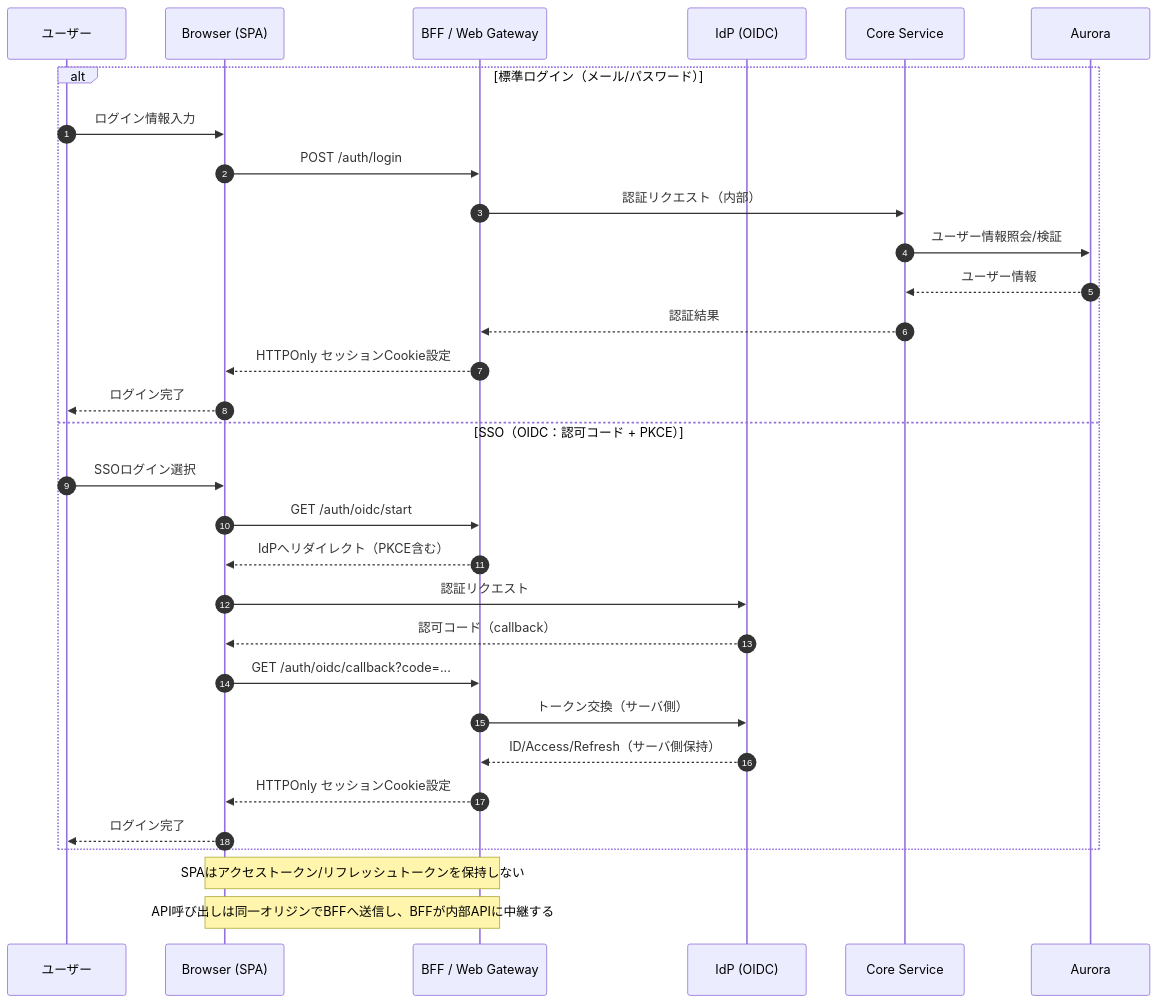
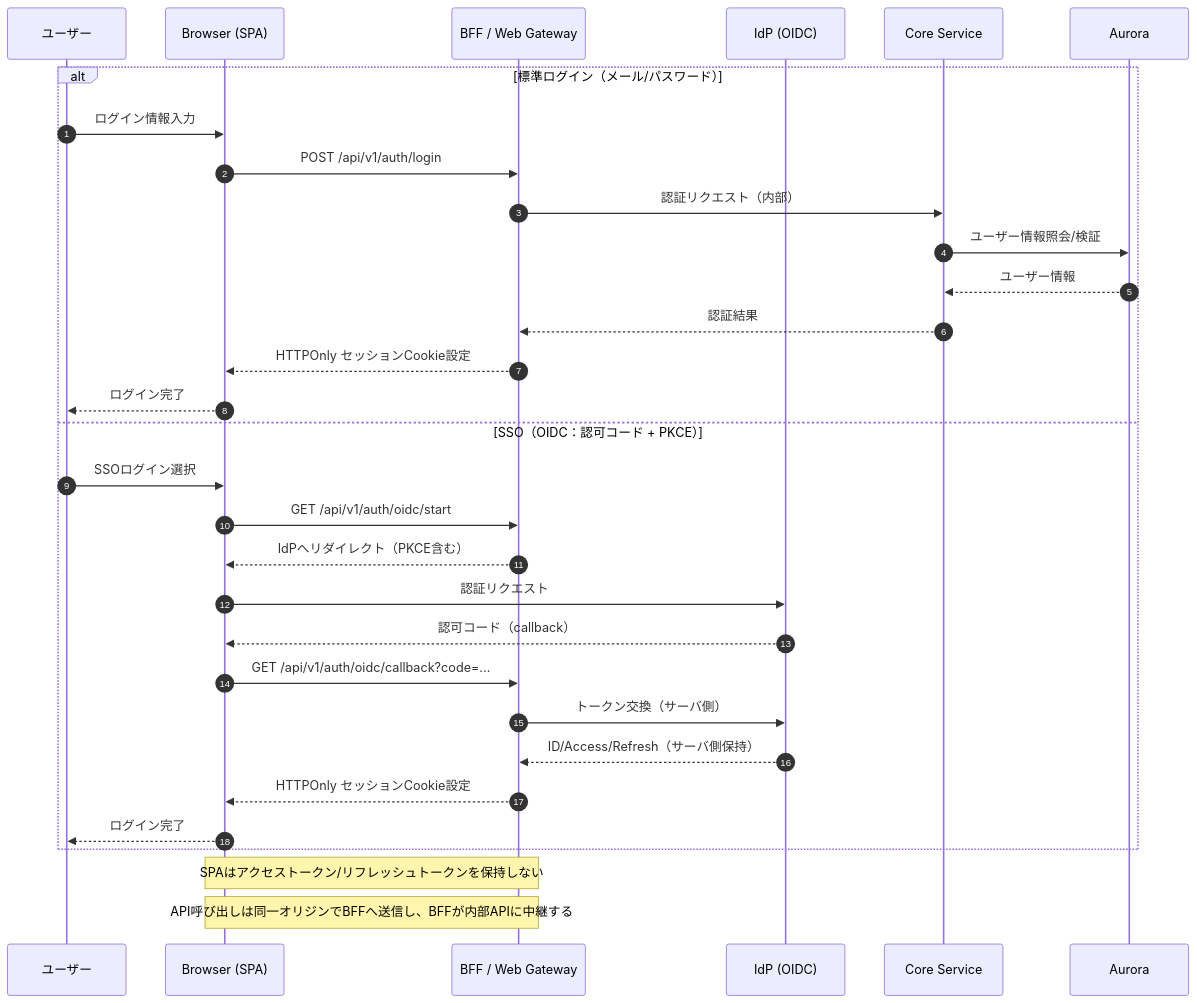
Before and after one commit to ka2kama/ringiflow: the first of 5 diagrams in docs/01_要件定義書/01_コア要件.md, drawn with Mermaid. The commit also changed other lines of this file and 20 other files, not shown here.

First line of the commit message:
#146 Unify auth API paths under /api/v1 (#172)

````diff
--- a/docs/01_要件定義書/01_コア要件.md
+++ b/docs/01_要件定義書/01_コア要件.md
@@ -148,35 +148,35 @@
 ```mermaid
 sequenceDiagram
     autonumber
     participant User as ユーザー
     participant SPA as Browser (SPA)
     participant BFF as BFF / Web Gateway
     participant IdP as IdP (OIDC)
     participant Core as Core Service
     participant DB as Aurora
 
     alt 標準ログイン（メール/パスワード）
         User->>SPA: ログイン情報入力
-        SPA->>BFF: POST /auth/login
+        SPA->>BFF: POST /api/v1/auth/login
         BFF->>Core: 認証リクエスト（内部）
         Core->>DB: ユーザー情報照会/検証
         DB-->>Core: ユーザー情報
         Core-->>BFF: 認証結果
         BFF-->>SPA: HTTPOnly セッションCookie設定
         SPA-->>User: ログイン完了
     else SSO（OIDC：認可コード + PKCE）
         User->>SPA: SSOログイン選択
-        SPA->>BFF: GET /auth/oidc/start
+        SPA->>BFF: GET /api/v1/auth/oidc/start
         BFF-->>SPA: IdPへリダイレクト（PKCE含む）
         SPA->>IdP: 認証リクエスト
         IdP-->>SPA: 認可コード（callback）
-        SPA->>BFF: GET /auth/oidc/callback?code=...
+        SPA->>BFF: GET /api/v1/auth/oidc/callback?code=...
         BFF->>IdP: トークン交換（サーバ側）
         IdP-->>BFF: ID/Access/Refresh（サーバ側保持）
         BFF-->>SPA: HTTPOnly セッションCookie設定
         SPA-->>User: ログイン完了
     end
 
     Note over SPA,BFF: SPAはアクセストークン/リフレッシュトークンを保持しない
     Note over SPA,BFF: API呼び出しは同一オリジンでBFFへ送信し、BFFが内部APIに中継する
 ```
````
